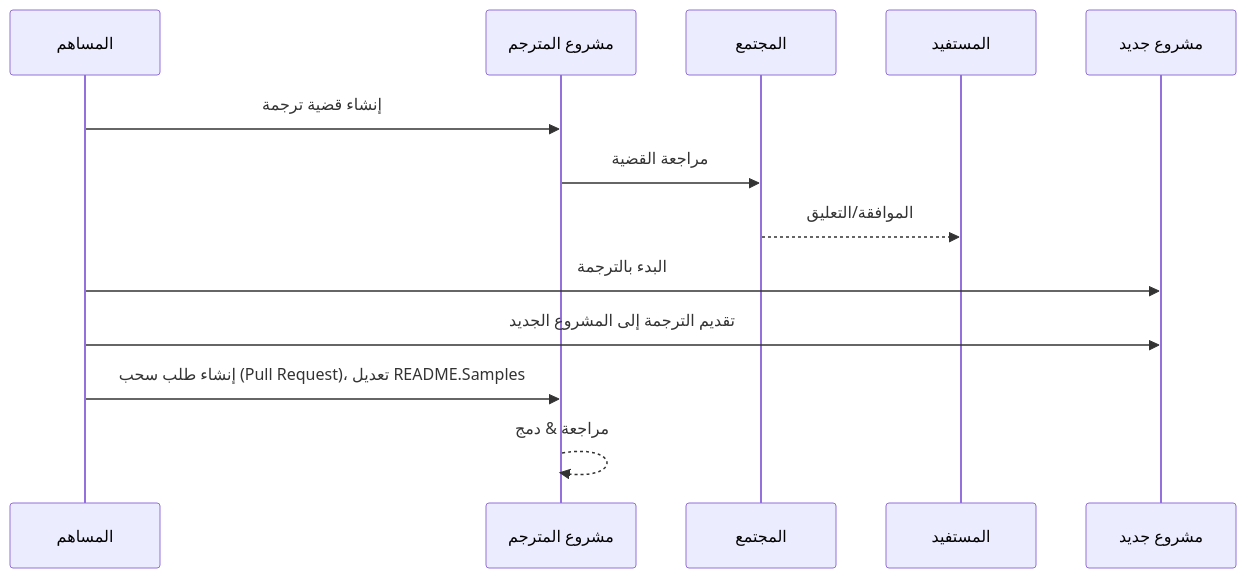
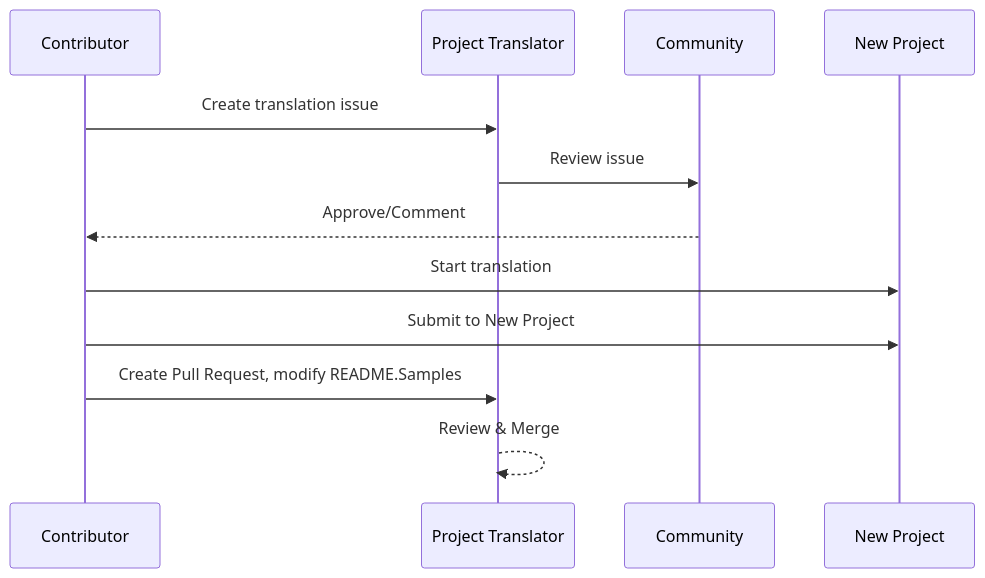
Before and after one commit to Project-Translation/project_translator: the diagram in readmes/README.ar-sa.md, drawn with Mermaid. The commit also changed other lines of this file and 73 other files, not shown here.

First line of the commit message:
feat: Update translation project configuration and localization files

````diff
--- a/readmes/README.ar-sa.md
+++ b/readmes/README.ar-sa.md
@@ -33,10 +50,10 @@
 ```mermaid
 sequenceDiagram
-  المساهم->>مشروع المترجم: إنشاء قضية ترجمة
-  مشروع المترجم->>المجتمع: مراجعة القضية
-  المجتمع-->>المستفيد: الموافقة/التعليق
-  المساهم->>مشروع جديد: البدء بالترجمة
-  المساهم->>مشروع جديد: تقديم الترجمة إلى المشروع الجديد
-  المساهم->>مشروع المترجم: إنشاء طلب سحب (Pull Request)، تعديل README.Samples
-  مشروع المترجم-->>مشروع المترجم: مراجعة & دمج
+  Contributor->>Project Translator: Create translation issue
+  Project Translator->>Community: Review issue
+  Community-->>Contributor: Approve/Comment
+  Contributor->>New Project: Start translation
+  Contributor->>New Project: Submit to New Project
+  Contributor->>Project Translator: Create Pull Request, modify README.Samples
+  Project Translator-->>Project Translator: Review & Merge
 ```
````
